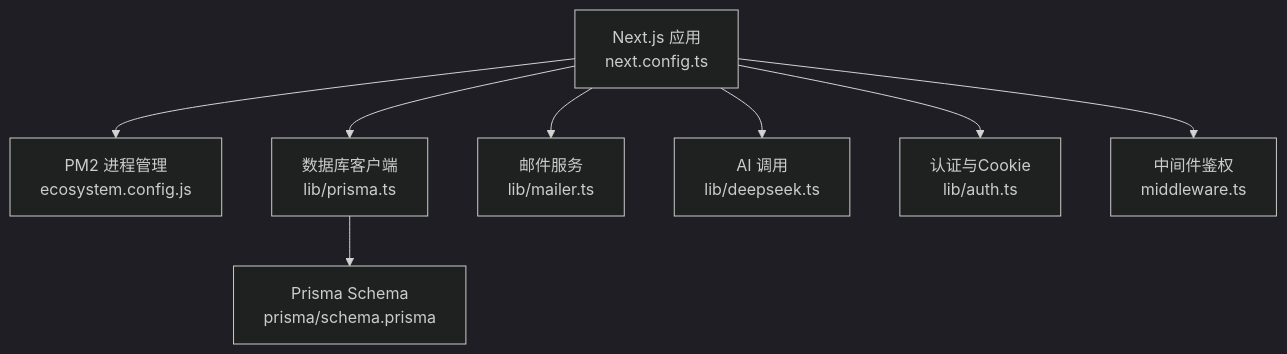
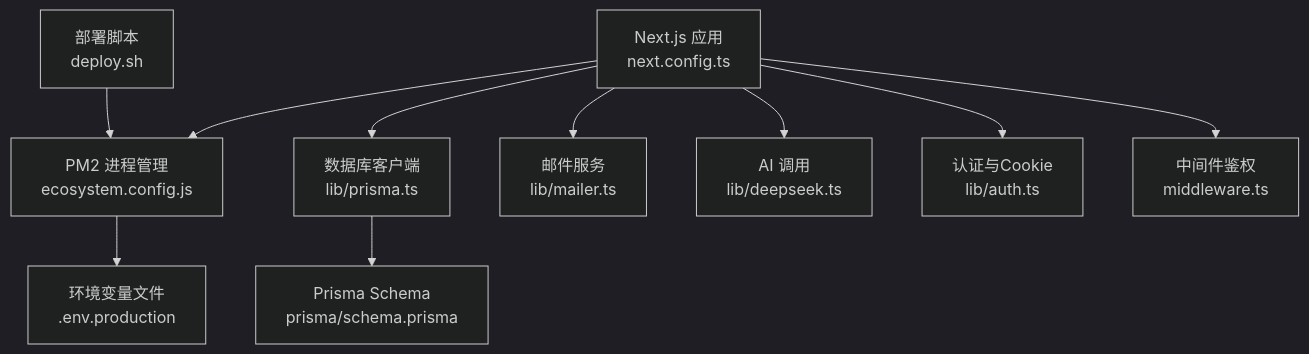
Before and after one commit to kangkang919/xinya: the first of 3 diagrams in .qoder/repowiki/zh/content/部署与运维/环境配置.md, drawn with Mermaid (dark theme). The commit also changed other lines of this file and 34 other files, not shown here.

````diff
--- a/.qoder/repowiki/zh/content/部署与运维/环境配置.md
+++ b/.qoder/repowiki/zh/content/部署与运维/环境配置.md
@@ -49,10 +58,12 @@
 ```mermaid
 graph TB
 A["Next.js 应用<br/>next.config.ts"] --> B["PM2 进程管理<br/>ecosystem.config.js"]
 A --> C["数据库客户端<br/>lib/prisma.ts"]
 C --> D["Prisma Schema<br/>prisma/schema.prisma"]
 A --> E["邮件服务<br/>lib/mailer.ts"]
 A --> F["AI 调用<br/>lib/deepseek.ts"]
 A --> G["认证与Cookie<br/>lib/auth.ts"]
 A --> H["中间件鉴权<br/>middleware.ts"]
+B --> I["环境变量文件<br/>.env.production"]
+J["部署脚本<br/>deploy.sh"] --> B
 ```
````
